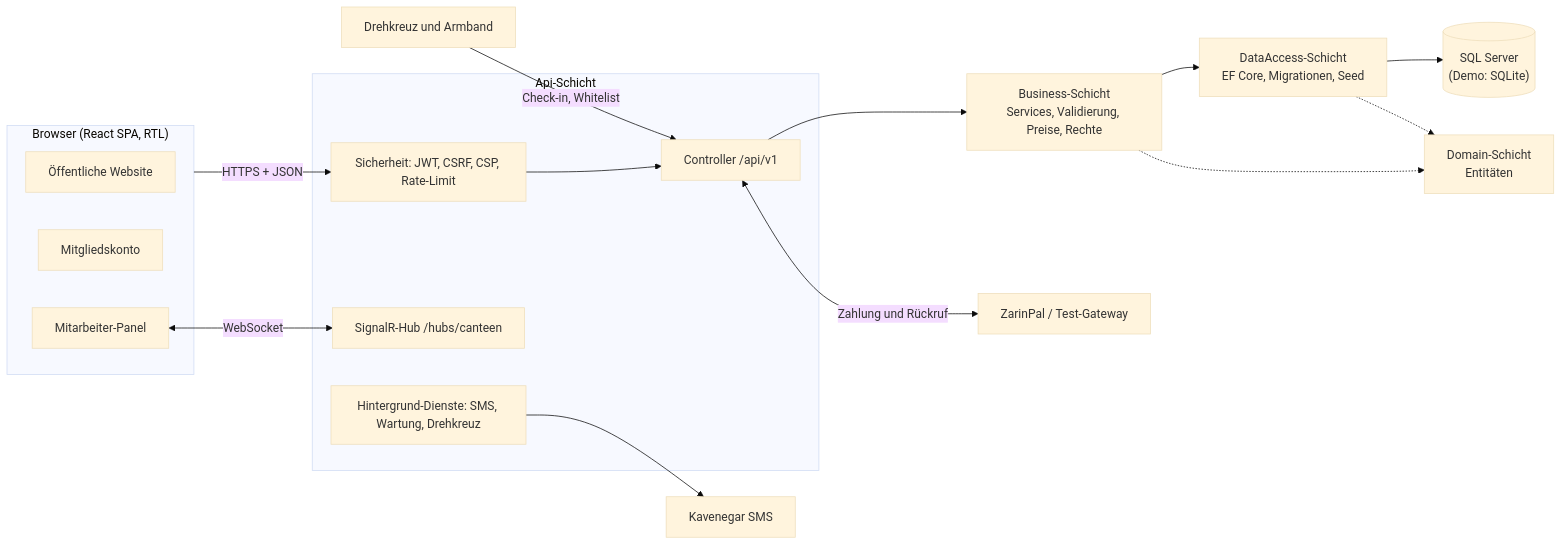
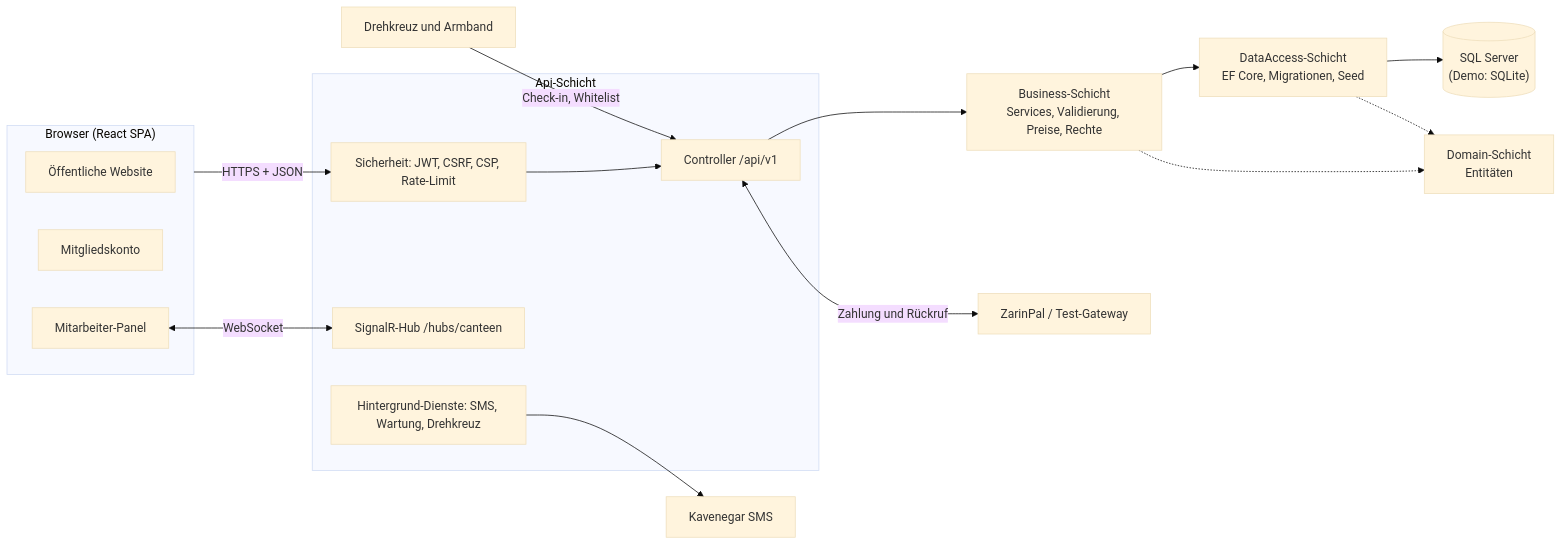
One commit to amirafshar2/GYMWenApp changed the first of 3 diagrams in README.md. Above: the diagram before and after it, drawn with Mermaid (base theme). The commit also changed other lines of this file and 219 other files, not shown here.

````diff
--- a/README.md
+++ b/README.md
@@ -90,32 +90,32 @@
 ```mermaid
 flowchart LR
-    subgraph Client["Browser (React SPA, RTL)"]
+    subgraph Client["Browser (React SPA)"]
         Site["Öffentliche Website"]
         Member["Mitgliedskonto"]
         Panel["Mitarbeiter-Panel"]
     end
 
     subgraph Api["Api-Schicht"]
         Ctrl["Controller /api/v1"]
         Sec["Sicherheit: JWT, CSRF, CSP, Rate-Limit"]
         Hub["SignalR-Hub /hubs/canteen"]
         Workers["Hintergrund-Dienste: SMS, Wartung, Drehkreuz"]
     end
 
     Biz["Business-Schicht<br/>Services, Validierung, Preise, Rechte"]
     Data["DataAccess-Schicht<br/>EF Core, Migrationen, Seed"]
     Dom["Domain-Schicht<br/>Entitäten"]
     DB[("SQL Server<br/>(Demo: SQLite)")]
 
     Pay["ZarinPal / Test-Gateway"]
     Sms["Kavenegar SMS"]
     Gate["Drehkreuz und Armband"]
 
     Client -->|HTTPS + JSON| Sec --> Ctrl --> Biz --> Data --> DB
     Panel <-->|WebSocket| Hub
     Biz -.-> Dom
     Data -.-> Dom
     Ctrl <-->|Zahlung und Rückruf| Pay
     Workers --> Sms
     Gate -->|Check-in, Whitelist| Ctrl
 ```
````
